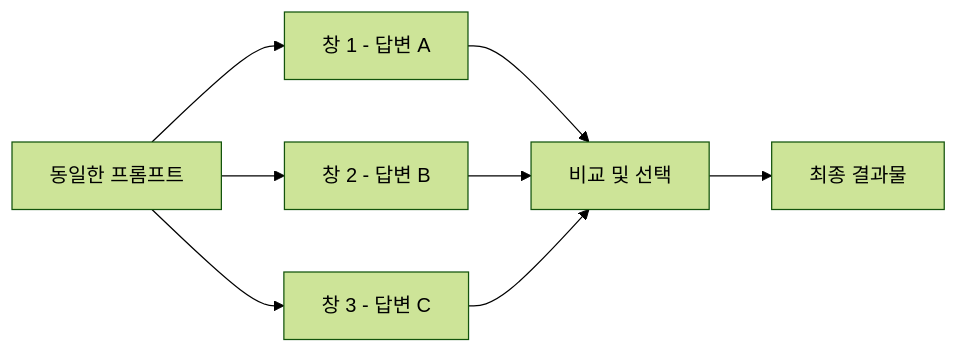
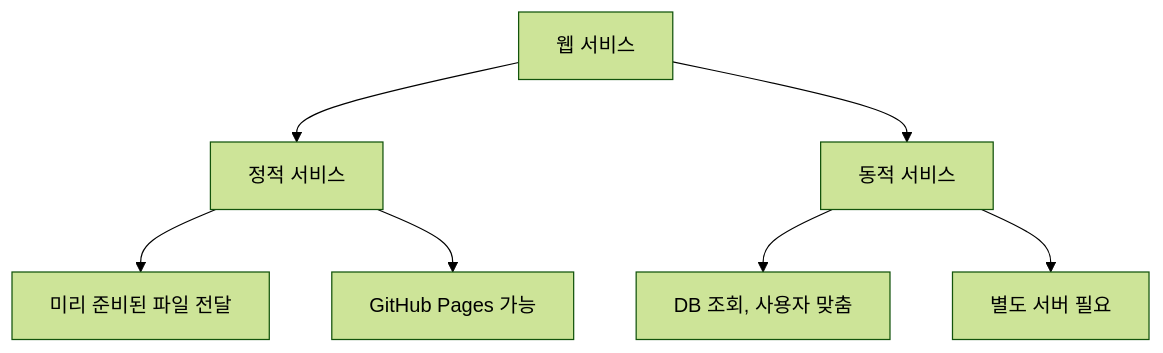
Before and after one commit to nugurejeil/weniVooks: the diagram in _md/essentials-vibecoding/chapter04/04-2.md, drawn with Mermaid (forest theme). The commit also changed other lines of this file and 49 other files, not shown here.

````diff
--- a/_md/essentials-vibecoding/chapter04/04-2.md
+++ b/_md/essentials-vibecoding/chapter04/04-2.md
@@ -211,10 +11,9 @@
 ```mermaid
-flowchart LR
-    A["동일한 프롬프트"] --> B["창 1 - 답변 A"]
-    A --> C["창 2 - 답변 B"]
-    A --> D["창 3 - 답변 C"]
-    B --> E["비교 및 선택"]
-    C --> E
-    D --> E
-    E --> F["최종 결과물"]
+flowchart TD
+    A["웹 서비스"] --> B["정적 서비스"]
+    A --> C["동적 서비스"]
+    B --> B1["미리 준비된 파일 전달"]
+    B --> B2["GitHub Pages 가능"]
+    C --> C1["DB 조회, 사용자 맞춤"]
+    C --> C2["별도 서버 필요"]
 ```
````
